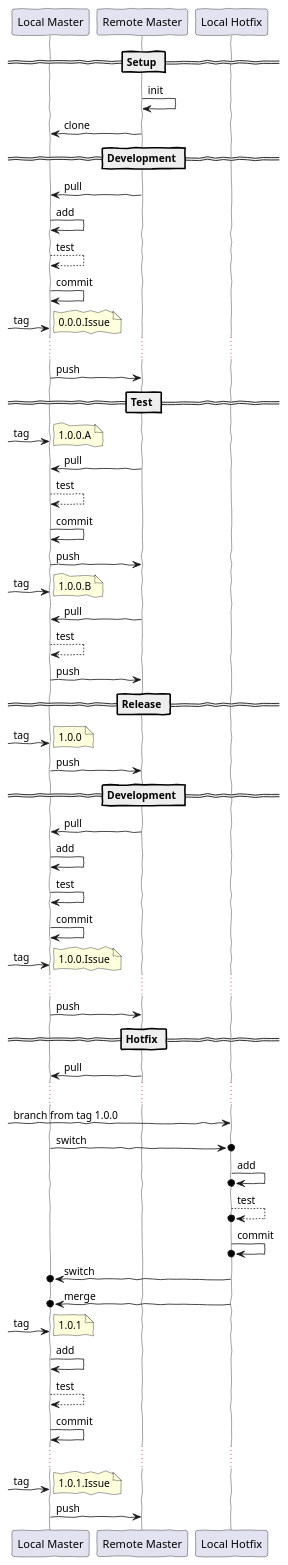
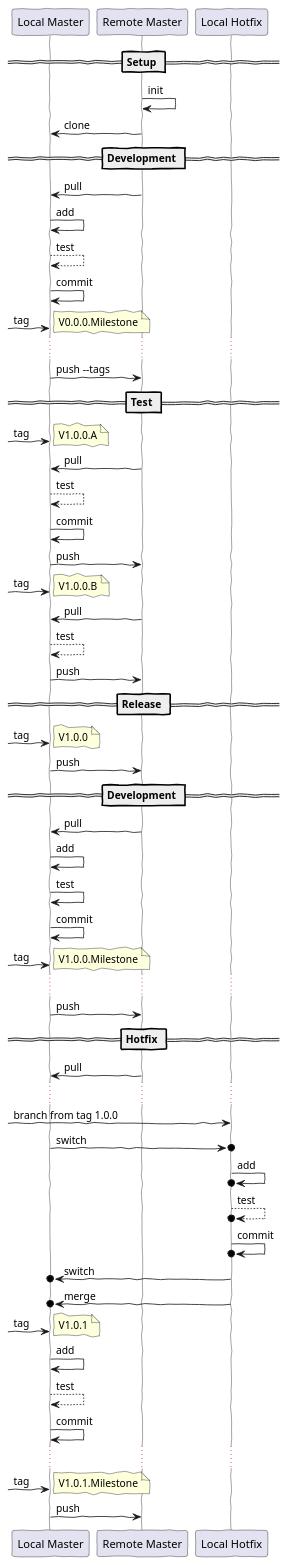
Before and after one commit to braboj/tutorial-git: the diagram in Assets/uml/git-workflow-proposal.puml, drawn with PlantUML.

Commit message:
(TUT-GIT) - Update of the workflow diagram

```diff
--- a/Assets/uml/git-workflow-proposal.puml
+++ b/Assets/uml/git-workflow-proposal.puml
@@ -1,77 +1,77 @@
 @startuml
 skinparam lifelineStrategy solid
 'skinparam backgroundColor #EEEBDC
 skinparam handwritten true
 participant "Local Master" as Local
 participant "Remote Master" as Remote
 participant "Local Hotfix" as Hotfix
 
 == Setup ==
 Remote -> Remote: init
 Remote -> Local: clone
 
 == Development ==
 Remote -> Local: pull
 Local -> Local: add
 Local --> Local: test
 Local -> Local: commit
 
 [-> Local: tag
-note right: 0.0.0.Issue
+note right: V0.0.0.Milestone
 ...
-Local -> Remote: push
+Local -> Remote: push --tags
 
 == Test ==
 
 [-> Local: tag
-note right: 1.0.0.A
+note right: V1.0.0.A
 Remote -> Local: pull
 Local --> Local: test
 Local -> Local: commit
 Local -> Remote: push
 
 [-> Local: tag
-note right: 1.0.0.B
+note right: V1.0.0.B
 Remote -> Local: pull
 Local --> Local: test
 Local -> Remote: push
 
 == Release ==
 [-> Local: tag
-note right: 1.0.0
+note right: V1.0.0
 Local -> Remote: push
 
 == Development ==
 Remote -> Local: pull
 Local -> Local: add
 Local -> Local: test
 Local -> Local: commit
 
 [-> Local: tag
-note right: 1.0.0.Issue
+note right: V1.0.0.Milestone
 ...
 Local -> Remote: push
 
 
 == Hotfix ==
 Remote -> Local: pull
 ...
 
 [-> Hotfix: branch from tag 1.0.0
 Local ->o Hotfix: switch
 Hotfix ->o Hotfix: add
 Hotfix -->o Hotfix: test
 Hotfix ->o Hotfix: commit
 Hotfix ->o Local: switch
 Hotfix ->o Local: merge
 [-> Local: tag
-note right: 1.0.1
+note right: V1.0.1
 
 Local -> Local: add
 Local --> Local: test
 Local -> Local: commit
 ...
 [-> Local: tag
-note right: 1.0.1.Issue
+note right: V1.0.1.Milestone
 Local -> Remote: push
 @enduml
```
